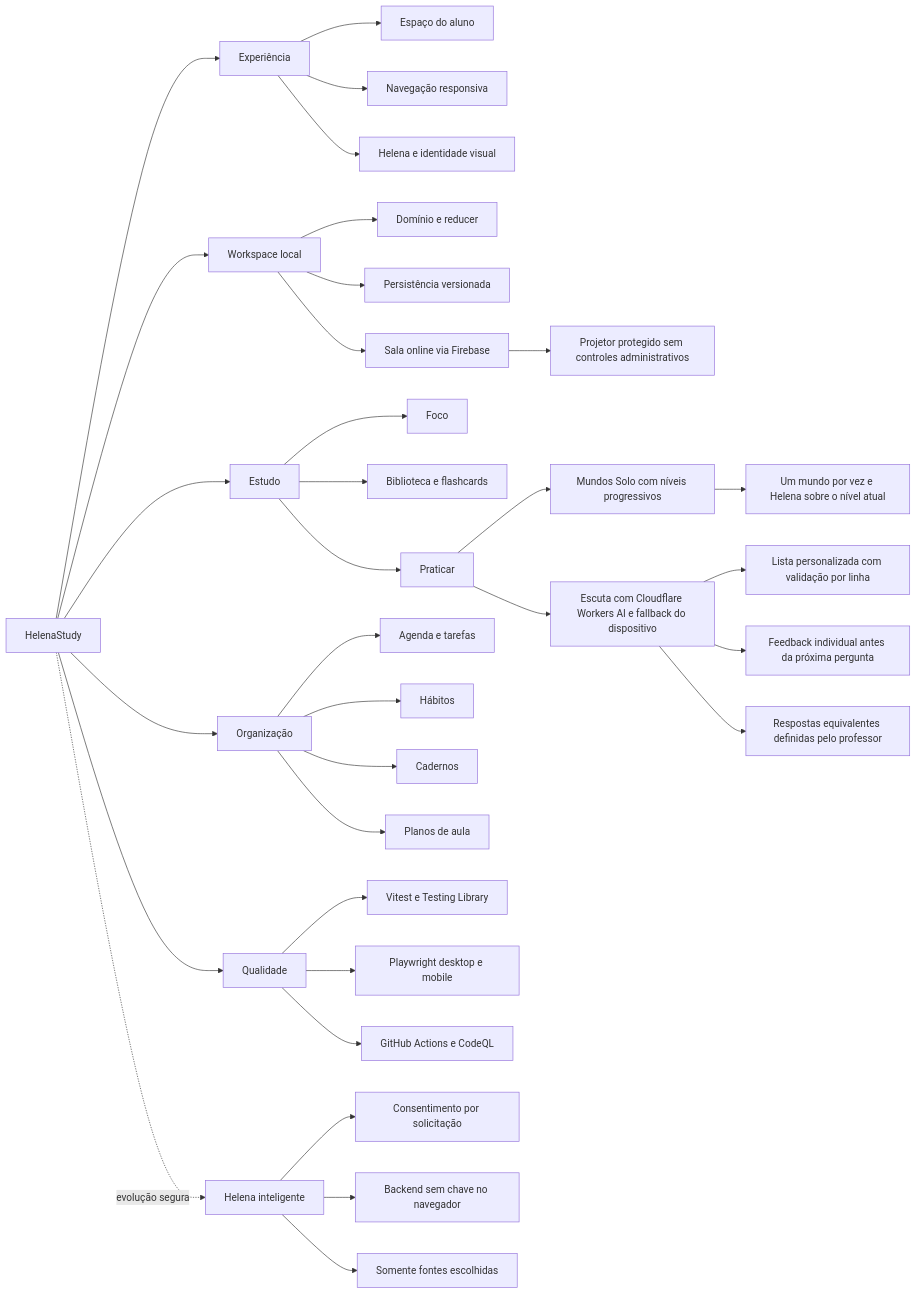
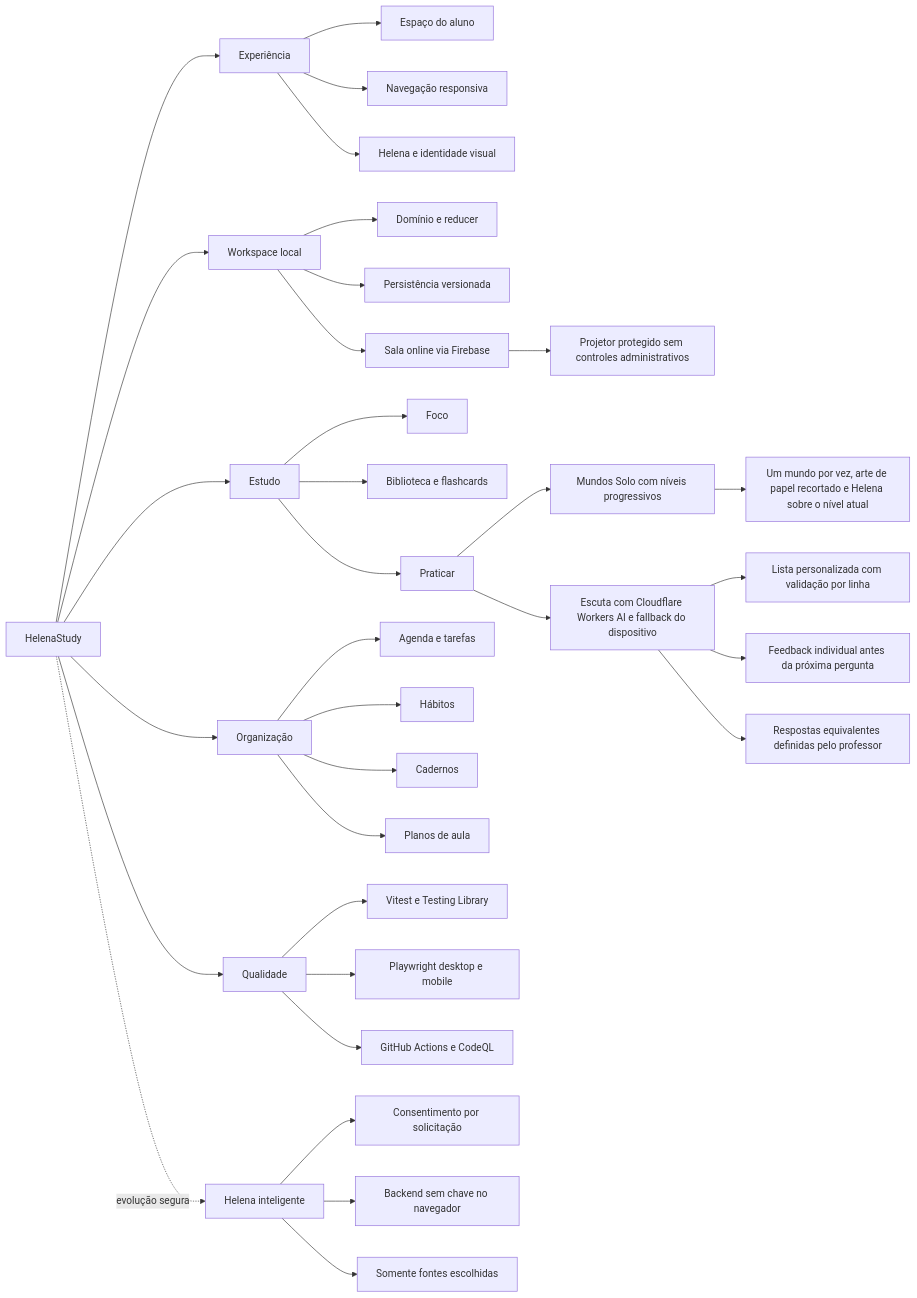
One commit to olive644/helenastudy changed the diagram in docs/SECOND_BRAIN.md. Above: the diagram before and after it, drawn with Mermaid. The commit also changed 4 other files, not shown here.

````diff
--- a/docs/SECOND_BRAIN.md
+++ b/docs/SECOND_BRAIN.md
@@ -77,41 +77,41 @@
 ```mermaid
 flowchart LR
   HS[HelenaStudy] --> UX[Experiência]
   HS --> DATA[Workspace local]
   HS --> STUDY[Estudo]
   HS --> ORG[Organização]
   HS --> QUALITY[Qualidade]
   HS -. evolução segura .-> INTEL[Helena inteligente]
 
   UX --> TODAY[Espaço do aluno]
   UX --> NAV[Navegação responsiva]
   UX --> BRAND[Helena e identidade visual]
 
   DATA --> DOMAIN[Domínio e reducer]
   DATA --> STORAGE[Persistência versionada]
   DATA --> ROOM[Sala online via Firebase]
 
   STUDY --> FOCUS[Foco]
   STUDY --> LIB[Biblioteca e flashcards]
   STUDY --> PRACTICE[Praticar]
   PRACTICE --> WORLDS[Mundos Solo com níveis progressivos]
-  WORLDS --> MOTION[Um mundo por vez e Helena sobre o nível atual]
+  WORLDS --> MOTION[Um mundo por vez, arte de papel recortado e Helena sobre o nível atual]
   PRACTICE --> LISTEN[Escuta com Cloudflare Workers AI e fallback do dispositivo]
   LISTEN --> CUSTOM[Lista personalizada com validação por linha]
   LISTEN --> FEEDBACK[Feedback individual antes da próxima pergunta]
   ROOM --> PROJECTOR[Projetor protegido sem controles administrativos]
   LISTEN --> ALIASES[Respostas equivalentes definidas pelo professor]
 
   ORG --> PLAN[Agenda e tarefas]
   ORG --> HABITS[Hábitos]
   ORG --> NOTES[Cadernos]
   ORG --> LESSON[Planos de aula]
 
   QUALITY --> UNIT[Vitest e Testing Library]
   QUALITY --> E2E[Playwright desktop e mobile]
   QUALITY --> CI[GitHub Actions e CodeQL]
 
   INTEL --> CONSENT[Consentimento por solicitação]
   INTEL --> BACKEND[Backend sem chave no navegador]
   INTEL --> SOURCES[Somente fontes escolhidas]
 ```
````
